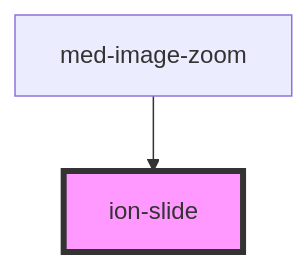
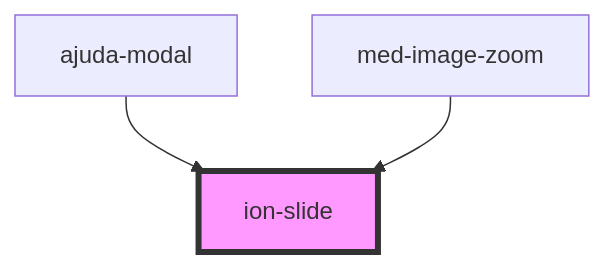
One commit to MEDGRUPOGIT/ionic-framework-1 changed the diagram in core/src/components/slide/readme.md. Above: the diagram before and after it, drawn with Mermaid. The commit also changed other lines of this file and 20 other files, not shown here.

Commit message:
migração ionic 1 tela simulados modal ajuda

````diff
--- a/core/src/components/slide/readme.md
+++ b/core/src/components/slide/readme.md
@@ -20,5 +21,6 @@
 ```mermaid
 graph TD;
+  ajuda-modal --> ion-slide
   med-image-zoom --> ion-slide
   style ion-slide fill:#f9f,stroke:#333,stroke-width:4px
 ```
````
